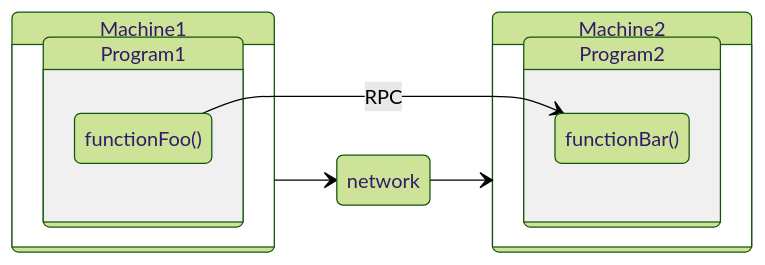
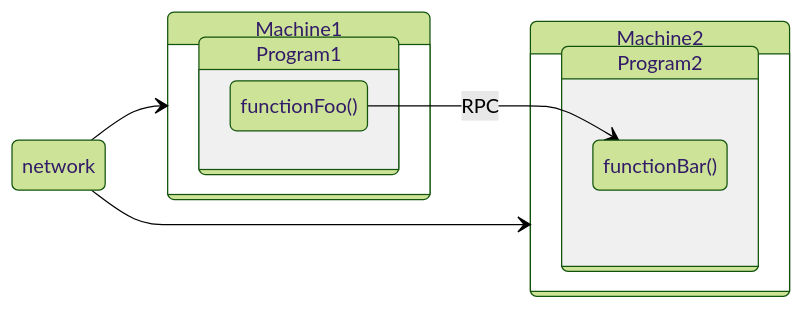
One commit to basondole/basondole.github.io changed the third of 3 diagrams in blog/networkauto/grpc.md. Above: the diagram before and after it, drawn with Mermaid (forest theme).

````diff
--- a/blog/networkauto/grpc.md
+++ b/blog/networkauto/grpc.md
@@ -98,18 +98,18 @@
 ```mermaid
 stateDiagram-v2
 direction LR
 state Machine1 {
   state Program1 {
    functionFoo()
   }
  }
 state Machine2 {
   state Program2 {
       functionBar()
     }
 }
 
-Machine1 --> network
+network --> Machine1
 network --> Machine2
 functionFoo() --> functionBar(): RPC
 ```
````
